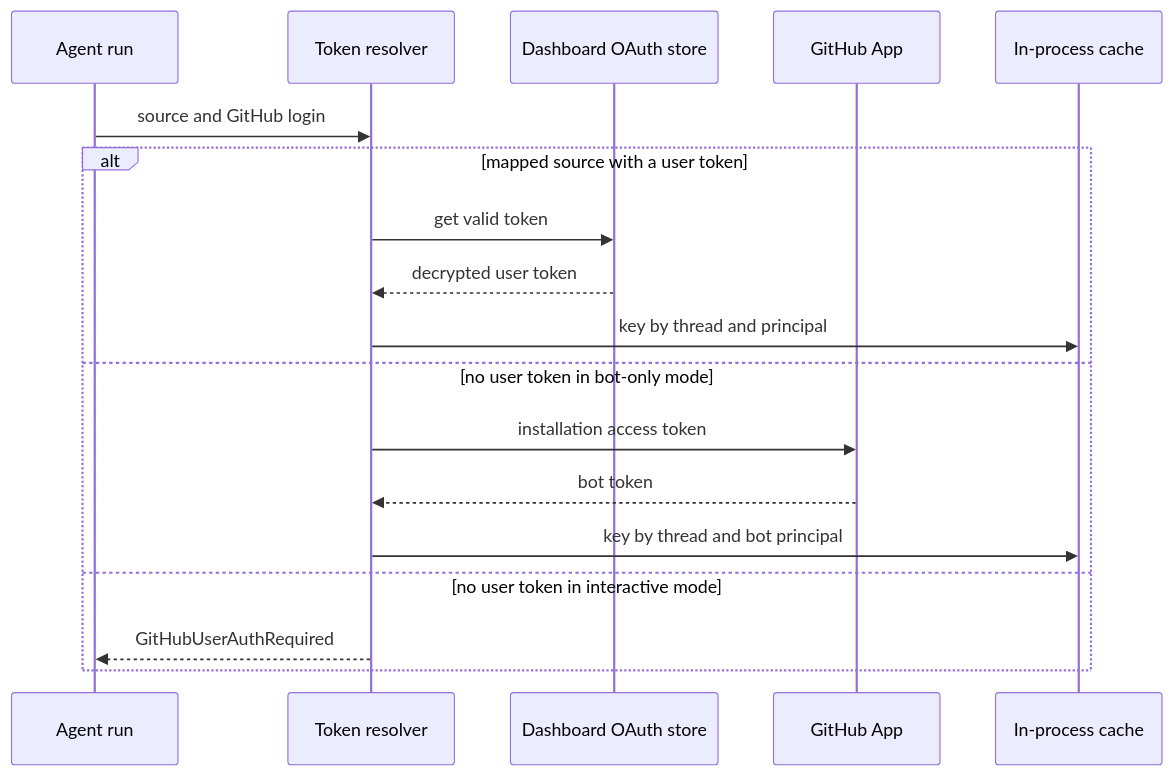
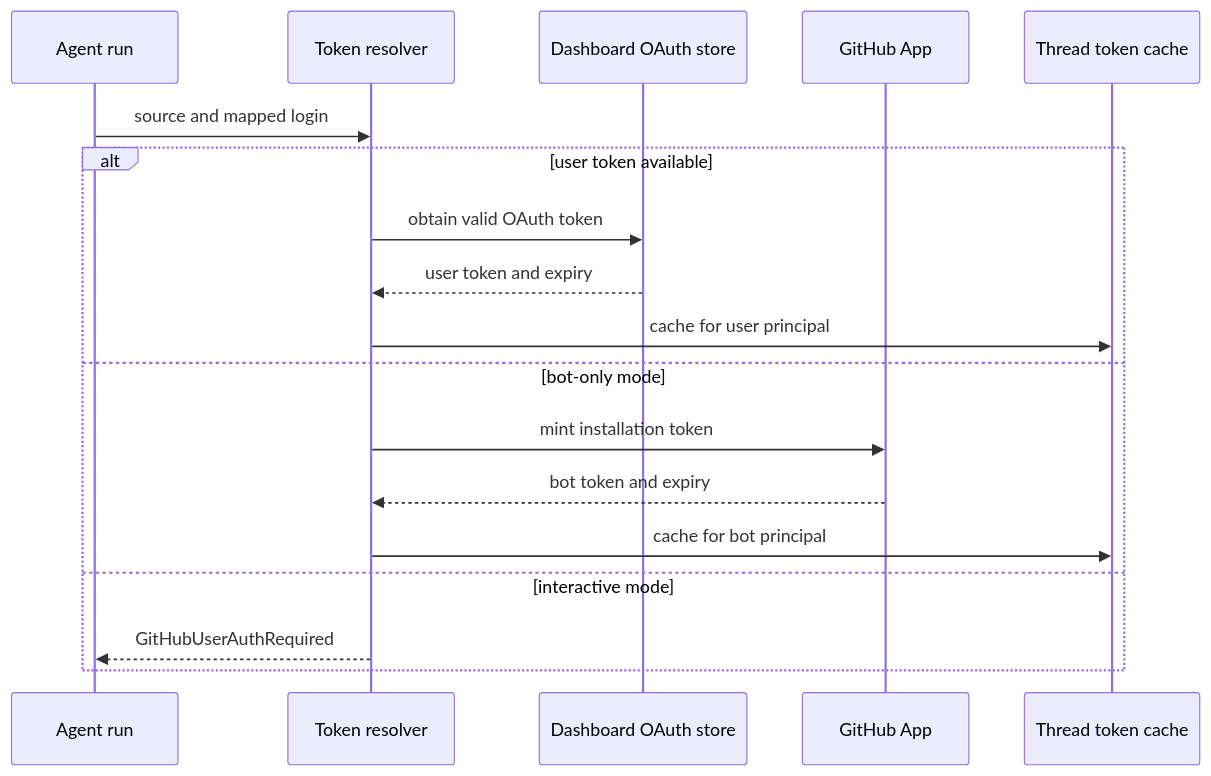
Before and after one commit to langchain-ai/open-swe: the first of 2 diagrams in openwiki/concepts/auth-and-security.md, drawn with Mermaid. The commit also changed other lines of this file and 52 other files, not shown here.

````diff
--- a/openwiki/concepts/auth-and-security.md
+++ b/openwiki/concepts/auth-and-security.md
@@ -81,21 +75,21 @@
 ```mermaid
 sequenceDiagram
     participant Run as Agent run
     participant Resolver as Token resolver
     participant Store as Dashboard OAuth store
     participant App as GitHub App
-    participant Cache as In-process cache
+    participant Cache as Thread token cache
 
-    Run->>Resolver: source and GitHub login
-    alt mapped source with a user token
-        Resolver->>Store: get valid token
-        Store-->>Resolver: decrypted user token
-        Resolver->>Cache: key by thread and principal
-    else no user token in bot-only mode
-        Resolver->>App: installation access token
-        App-->>Resolver: bot token
-        Resolver->>Cache: key by thread and bot principal
-    else no user token in interactive mode
+    Run->>Resolver: source and mapped login
+    alt user token available
+        Resolver->>Store: obtain valid OAuth token
+        Store-->>Resolver: user token and expiry
+        Resolver->>Cache: cache for user principal
+    else bot-only mode
+        Resolver->>App: mint installation token
+        App-->>Resolver: bot token and expiry
+        Resolver->>Cache: cache for bot principal
+    else interactive mode
         Resolver-->>Run: GitHubUserAuthRequired
     end
 ```
````
